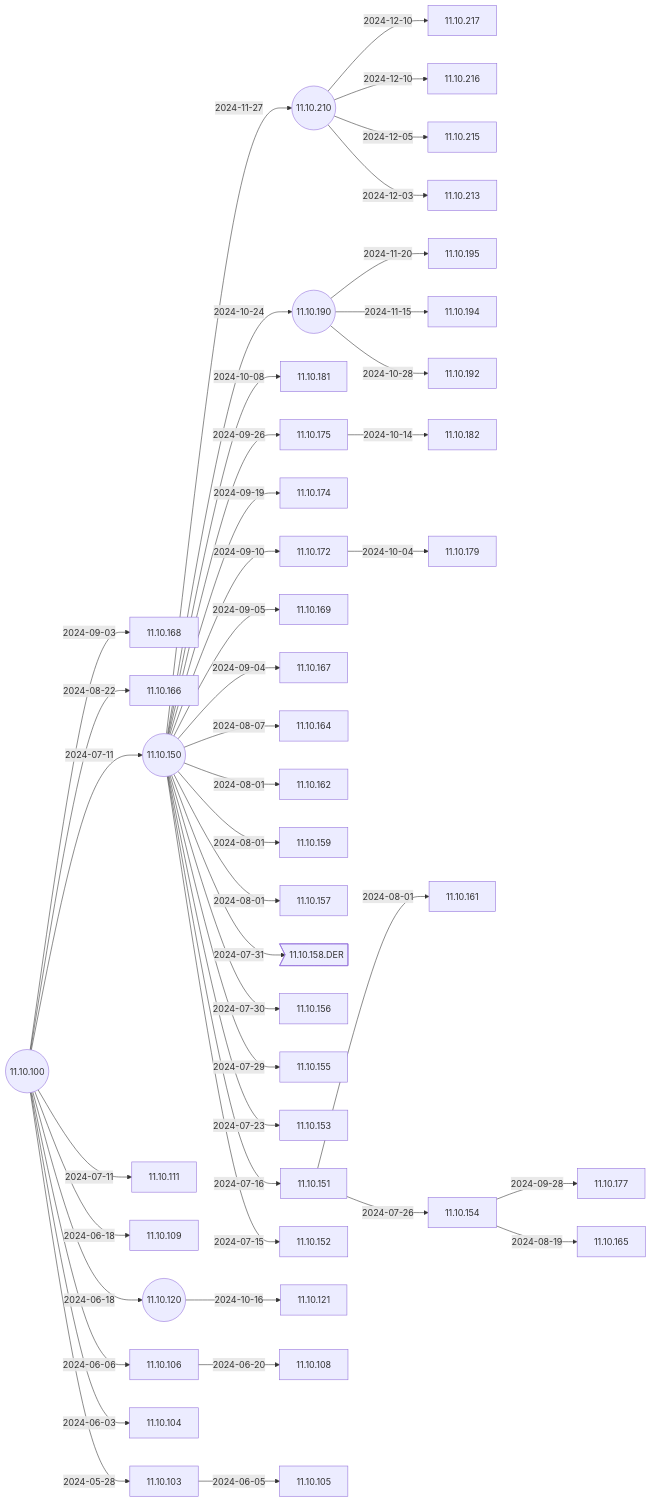
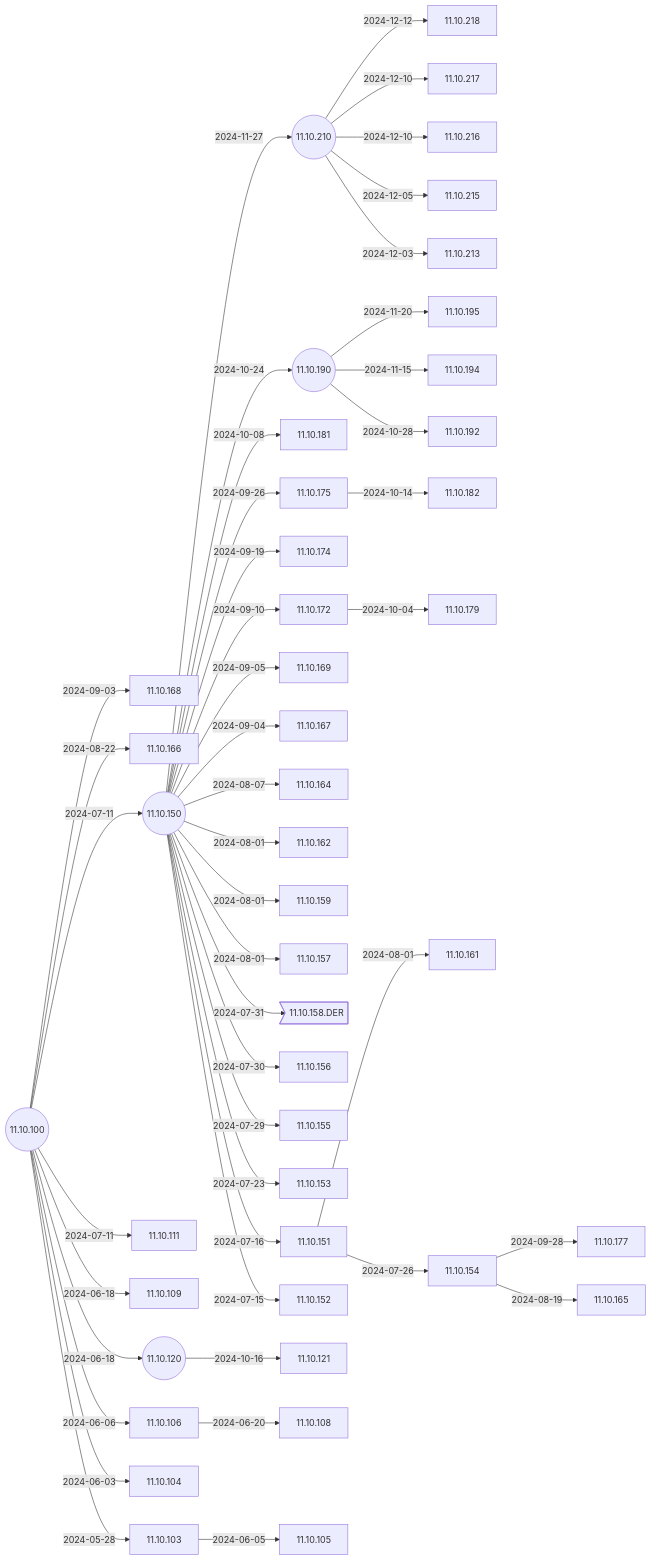
The second of 6 diagrams in docs/Docs/ReleaseNotes/01-OS11/README.md (IGEL-Community/IGEL-Docs-v02), drawn with Mermaid before and after one commit. The commit also changed 2 other files, not shown here.

Commit message:
11.10.218 < 11.10.210 11.10.218 < 11.10.210

````diff
--- a/docs/Docs/ReleaseNotes/01-OS11/README.md
+++ b/docs/Docs/ReleaseNotes/01-OS11/README.md
@@ -41,5 +41,6 @@
 ```mermaid
 flowchart LR
+    11.10.210-- 2024-12-12 -->11.10.218
     11.10.210-- 2024-12-10 -->11.10.217
     11.10.210-- 2024-12-10 -->11.10.216
     11.10.210-- 2024-12-05 -->11.10.215
@@ -84,6 +85,7 @@
     11.10.100-- 2024-06-03 -->11.10.104
     11.10.100-- 2024-05-28 -->11.10.103
     11.10.100((11.10.100))
+    click 11.10.218 "https://github.com/IGEL-Community/IGEL-Docs-v02/tree/main/docs/Docs/ReleaseNotes/01-OS11/readme11.10.218.txt" _blank
     click 11.10.217 "https://github.com/IGEL-Community/IGEL-Docs-v02/tree/main/docs/Docs/ReleaseNotes/01-OS11/readme11.10.217.txt" _blank
     click 11.10.216 "https://github.com/IGEL-Community/IGEL-Docs-v02/tree/main/docs/Docs/ReleaseNotes/01-OS11/readme11.10.216.txt" _blank
     click 11.10.215 "https://github.com/IGEL-Community/IGEL-Docs-v02/tree/main/docs/Docs/ReleaseNotes/01-OS11/readme11.10.215.txt" _blank
````
